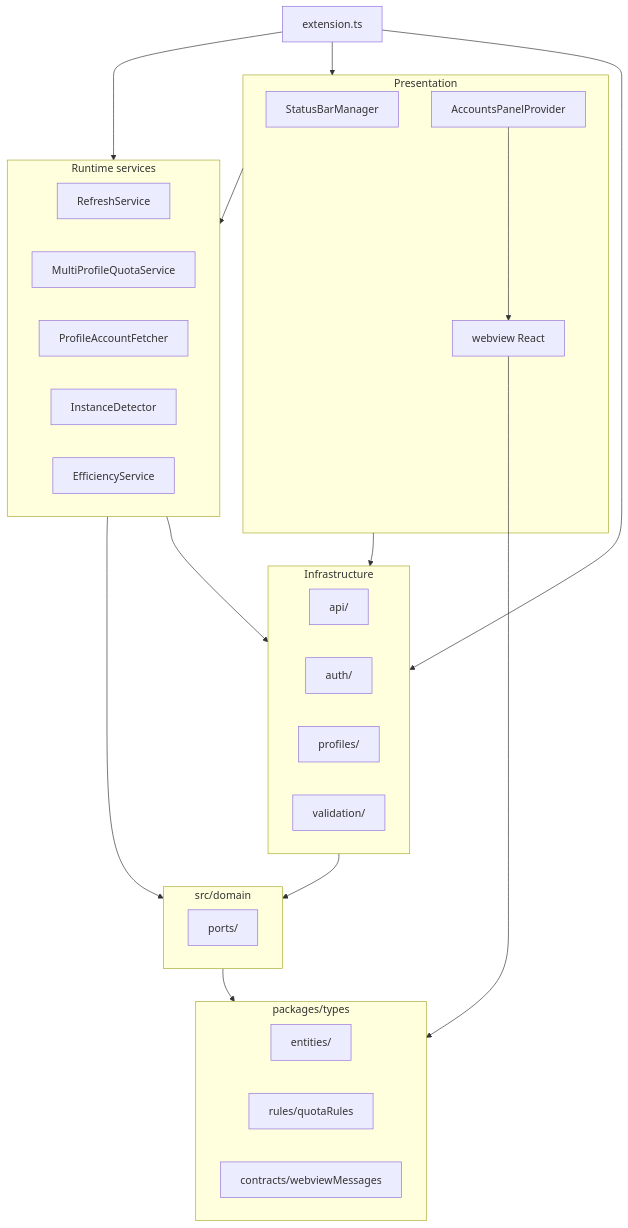
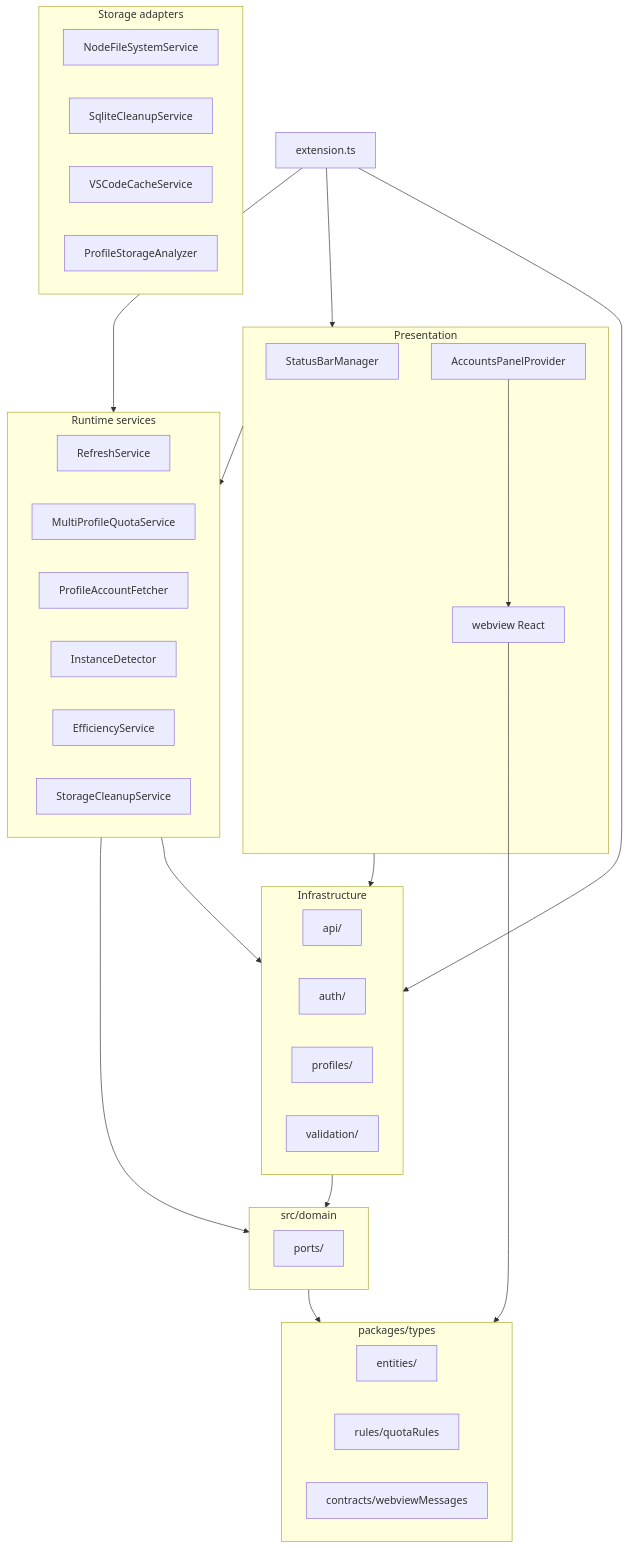
The first of 4 diagrams in docs/ARCHITECTURE.md (vypdev/cursor-accounts), drawn with Mermaid before and after one commit. The commit also changed other lines of this file and 61 other files, not shown here.

````diff
--- a/docs/ARCHITECTURE.md
+++ b/docs/ARCHITECTURE.md
@@ -29,40 +29,47 @@
 ```mermaid
 graph TB
   subgraph shared [packages/types]
     Entities[entities/]
     Rules[rules/quotaRules]
     Contracts[contracts/webviewMessages]
   end
   subgraph domain [src/domain]
     Ports[ports/]
   end
   subgraph infra [Infrastructure]
     API[api/]
     Auth[auth/]
     Profiles[profiles/]
     Validation[validation/]
   end
   subgraph runtime [Runtime services]
     Refresh[RefreshService]
     MultiQuota[MultiProfileQuotaService]
     AccountFetch[ProfileAccountFetcher]
     Instance[InstanceDetector]
     Efficiency[EfficiencyService]
+    StorageCleanup[StorageCleanupService]
+  end
+  subgraph storageInfra [Storage adapters]
+    FileSystem[NodeFileSystemService]
+    SqliteCleanup[SqliteCleanupService]
+    VSCodeCache[VSCodeCacheService]
+    StorageAnalyzer[ProfileStorageAnalyzer]
   end
   subgraph presentation [Presentation]
     StatusBar[StatusBarManager]
     Panel[AccountsPanelProvider]
     Webview[webview React]
   end
   Ext[extension.ts] --> runtime
   Ext --> presentation
   Ext --> infra
   domain --> shared
   infra --> domain
   runtime --> domain
   runtime --> infra
   presentation --> runtime
   presentation --> infra
   Webview --> shared
   Panel --> Webview
 ```
````
